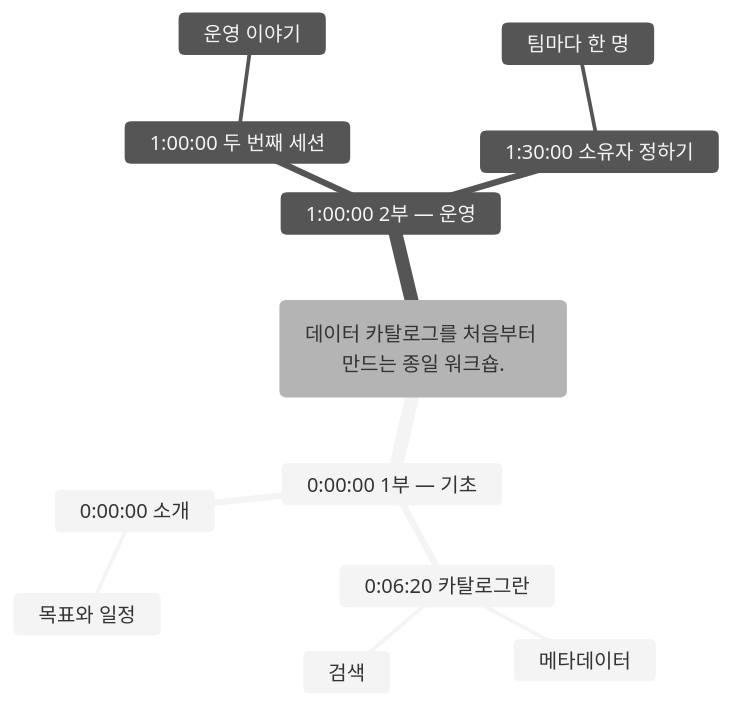
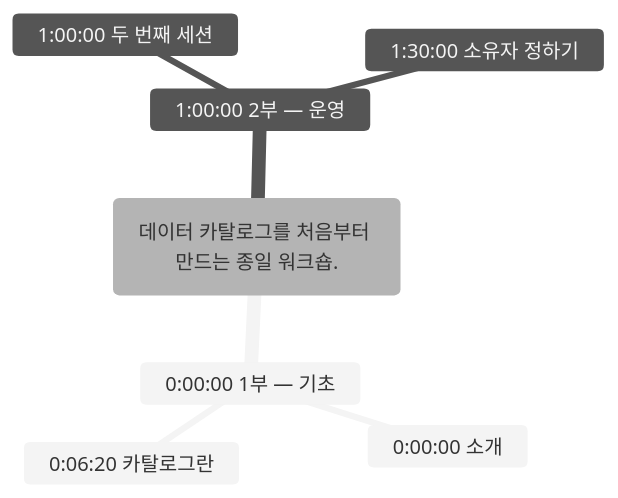
Before and after one commit to HoyoungParkme/video-agent: the second of 2 diagrams in backend/tests/domains/analysis/snapshots/export_local_150m.md, drawn with Mermaid (neutral theme). The commit also changed 2 other files, not shown here.

Commit message:
code(D1): export.mindmap — 파트가 있으면 요점을 넣지 않는다(뿌리 → 파트 → 챕터)
실제 노트 둘을 Mermaid 11로 노트 폭 700px에 그려 보니 2시간 30분 영상(파트 5 · 챕터 27 · 요점 54)은 노드가
겹쳐 읽히지 않았다. 요점을 빼면 32노드로 읽힌다 — 화면 마인드맵과 같은 규칙이고 요점은 노트의 챕터 절에 있다.
사용자 결정(2026-09-30) · VA-MS-003 v11 · VA-UI-001 v12. 파트가 없는 영상은 그대로 요점까지다.

````diff
--- a/backend/tests/domains/analysis/snapshots/export_local_150m.md
+++ b/backend/tests/domains/analysis/snapshots/export_local_150m.md
@@ -21,15 +21,10 @@
 ```mermaid
 mindmap
   root(데이터 카탈로그를 처음부터 만드는 종일 워크숍.)
     0:00:00 1부 — 기초
       0:00:00 소개
-        목표와 일정
       0:06:20 카탈로그란
-        메타데이터
-        검색
     1:00:00 2부 — 운영
       1:00:00 두 번째 세션
-        운영 이야기
       1:30:00 소유자 정하기
-        팀마다 한 명
 ```
````
